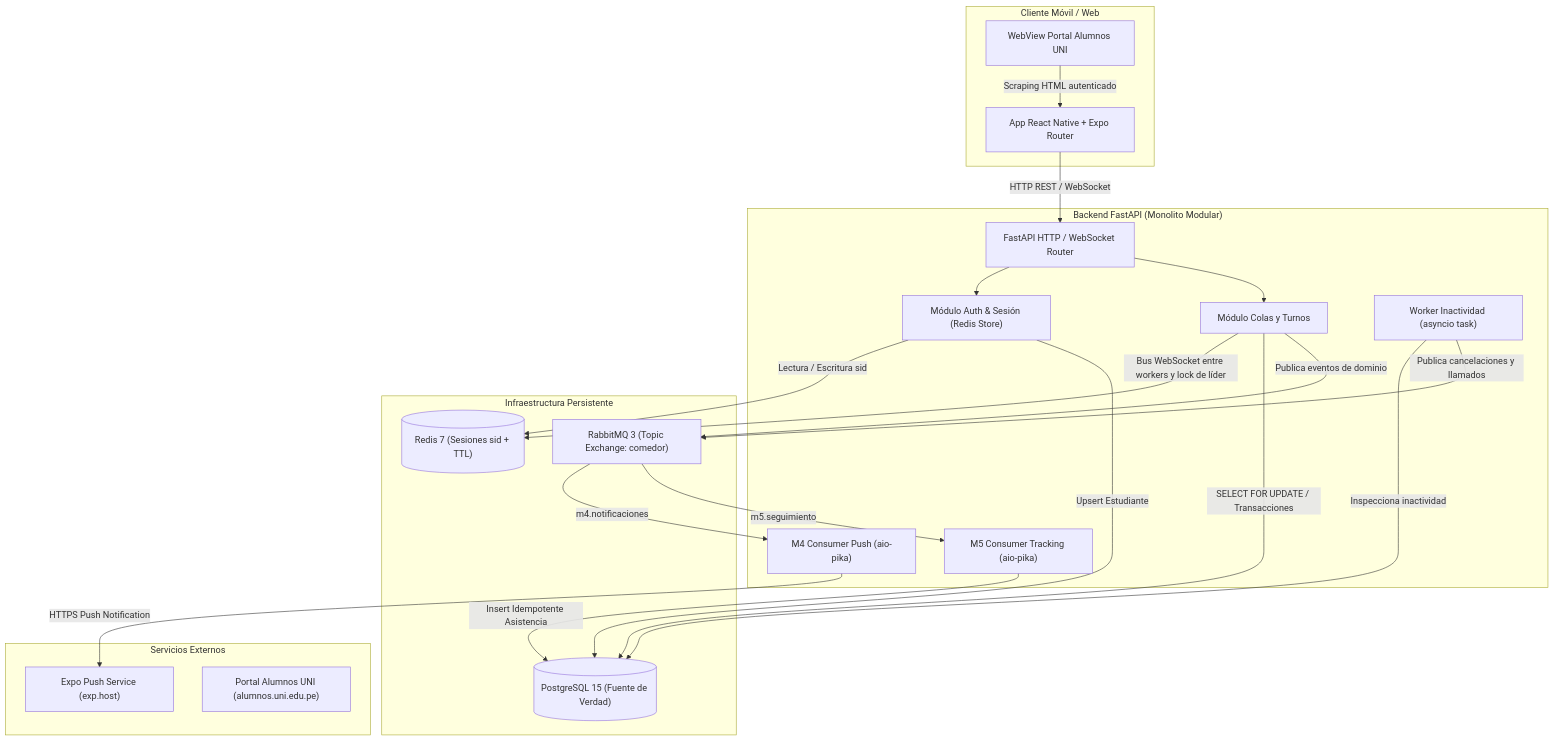
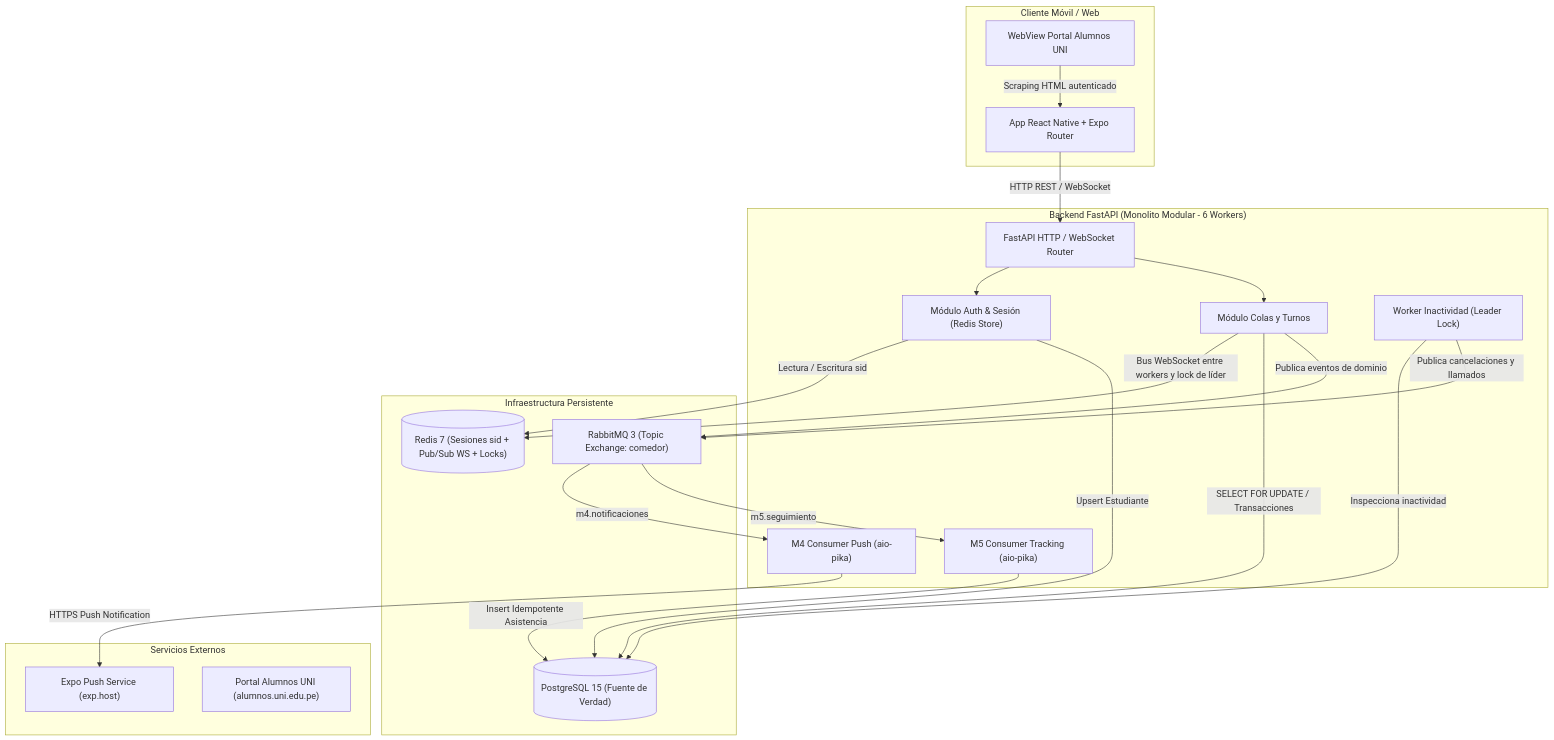
Before and after one commit to francito69/SW707U-CS2-ComedorUni: the first of 2 diagrams in docs/DocumentoTecnicoParcial.md, drawn with Mermaid. The commit also changed other lines of this file and 107 other files, not shown here.

````diff
--- a/docs/DocumentoTecnicoParcial.md
+++ b/docs/DocumentoTecnicoParcial.md
@@ -84,43 +84,43 @@
 ```mermaid
 graph TD
     subgraph Cliente ["Cliente Móvil / Web"]
         App["App React Native + Expo Router"]
         WV["WebView Portal Alumnos UNI"]
     end
 
-    subgraph Backend ["Backend FastAPI (Monolito Modular)"]
+    subgraph Backend ["Backend FastAPI (Monolito Modular - 6 Workers)"]
         API["FastAPI HTTP / WebSocket Router"]
         M1["Módulo Auth & Sesión (Redis Store)"]
         M2["Módulo Colas y Turnos"]
-        Worker["Worker Inactividad (asyncio task)"]
+        Worker["Worker Inactividad (Leader Lock)"]
         M4["M4 Consumer Push (aio-pika)"]
         M5["M5 Consumer Tracking (aio-pika)"]
     end
 
     subgraph Infraestructura ["Infraestructura Persistente"]
         PG[("PostgreSQL 15 (Fuente de Verdad)")]
-        RD[("Redis 7 (Sesiones sid + TTL)")]
+        RD[("Redis 7 (Sesiones sid + Pub/Sub WS + Locks)")]
         RMQ["RabbitMQ 3 (Topic Exchange: comedor)"]
     end
 
     subgraph Externo ["Servicios Externos"]
         ExpoPush["Expo Push Service (exp.host)"]
         PortalUNI["Portal Alumnos UNI (alumnos.uni.edu.pe)"]
     end
 
     WV -->|Scraping HTML autenticado| App
     App -->|HTTP REST / WebSocket| API
     API --> M1
     API --> M2
     M1 -->|Lectura / Escritura sid| RD
     M2 -->|Bus WebSocket entre workers y lock de líder| RD
     M1 -->|Upsert Estudiante| PG
     M2 -->|SELECT FOR UPDATE / Transacciones| PG
     M2 -->|Publica eventos de dominio| RMQ
     Worker -->|Inspecciona inactividad| PG
     Worker -->|Publica cancelaciones y llamados| RMQ
     RMQ -->|m4.notificaciones| M4
     RMQ -->|m5.seguimiento| M5
     M4 -->|HTTPS Push Notification| ExpoPush
     M5 -->|Insert Idempotente Asistencia| PG
 ```
````
